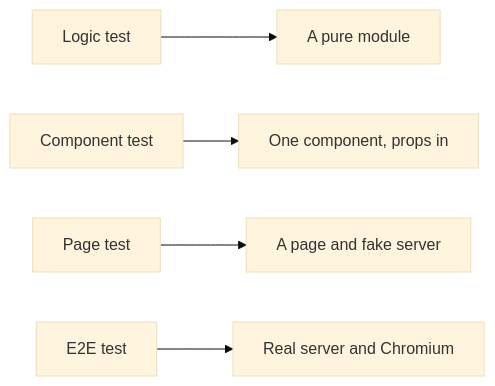
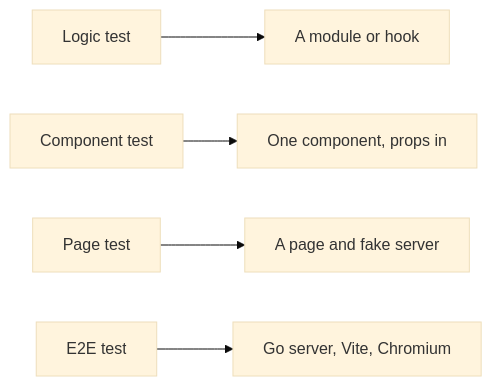
Before and after one commit to syudead/vv: the first of 2 diagrams in docs/design-docs/web-testing.md, drawn with Mermaid (base theme). The commit also changed other lines of this file, not shown here.

First line of the commit message:
Cover hooks and API modules, and say E2E runs the Vite dev server

````diff
--- a/docs/design-docs/web-testing.md
+++ b/docs/design-docs/web-testing.md
@@ -10,7 +10,7 @@
 ```mermaid
 flowchart LR
-  logic[Logic test] --> fn[A pure module]
+  logic[Logic test] --> fn[A module or hook]
   component[Component test] --> one[One component, props in]
   page[Page test] --> route[A page and fake server]
-  e2e[E2E test] --> real[Real server and Chromium]
+  e2e[E2E test] --> real[Go server, Vite, Chromium]
 ```
````
